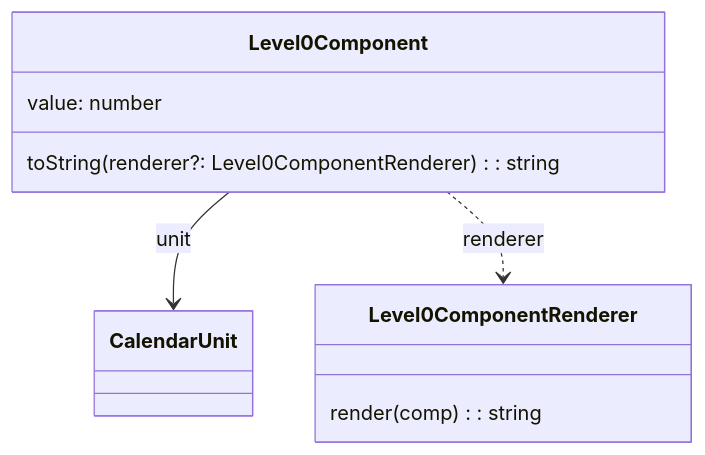
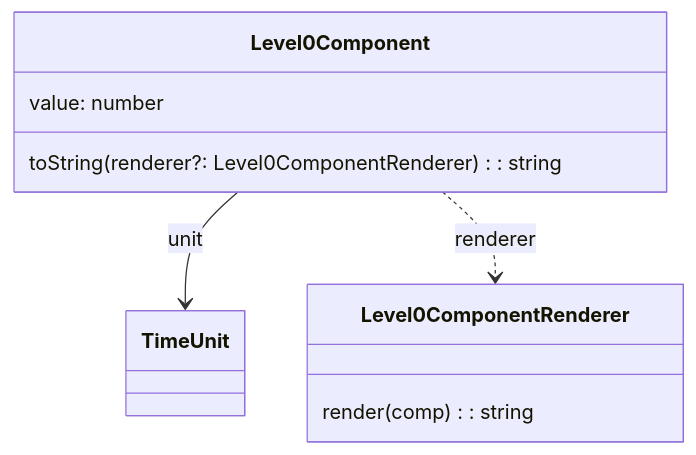
One commit to RR0/time changed the first of 2 diagrams in src/level0/component/README.md. Above: the diagram before and after it, drawn with Mermaid. The commit also changed other lines of this file and 127 other files, not shown here.

````diff
--- a/src/level0/component/README.md
+++ b/src/level0/component/README.md
@@ -10,14 +10,14 @@
 ```mermaid
 classDiagram
     class Level0Component {
         value: number
         toString(renderer?: Level0ComponentRenderer): string
     }
     class Level0ComponentRenderer {
         render(comp): string
     }
-    class CalendarUnit {
+    class TimeUnit {
     }
-    Level0Component --> CalendarUnit: unit
+    Level0Component --> TimeUnit: unit
     Level0Component ..> Level0ComponentRenderer: renderer
 ```
````
